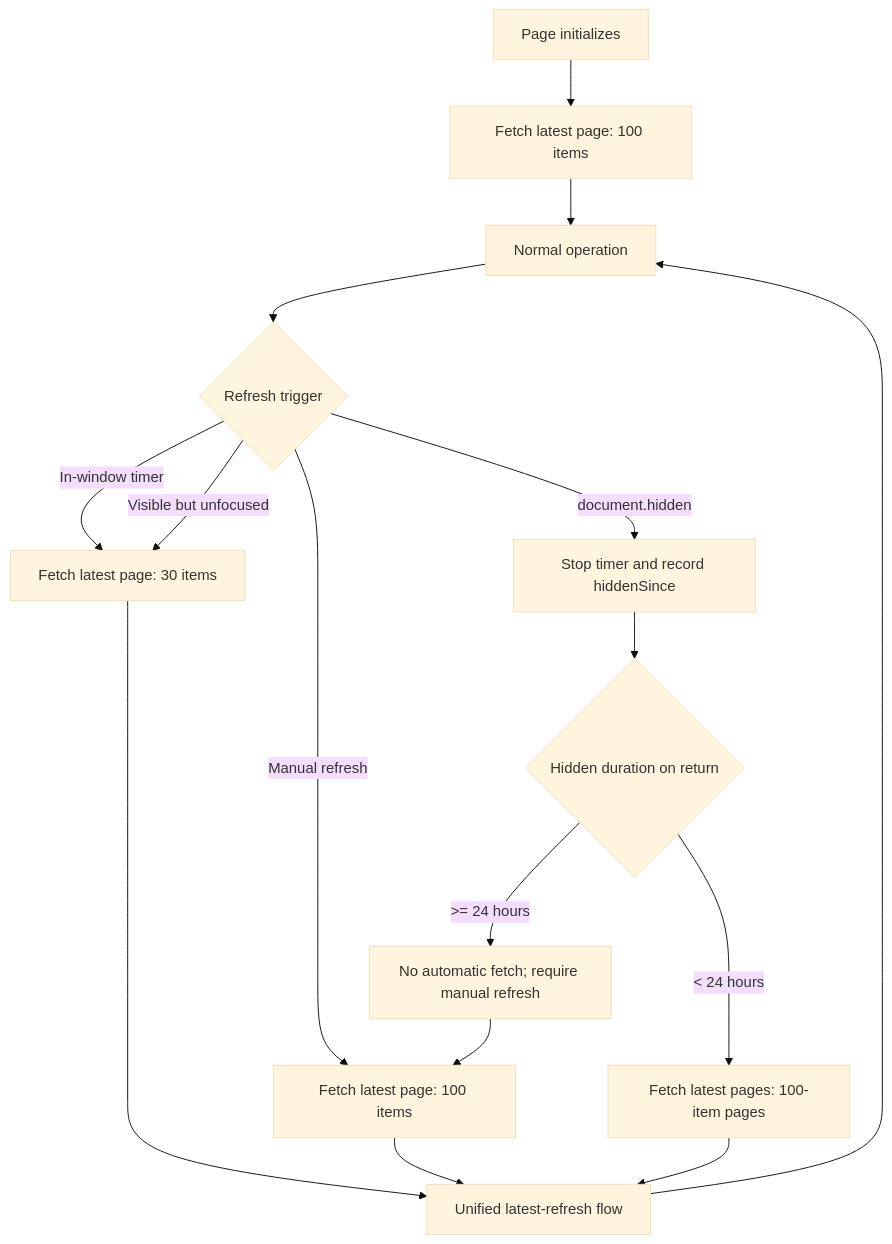
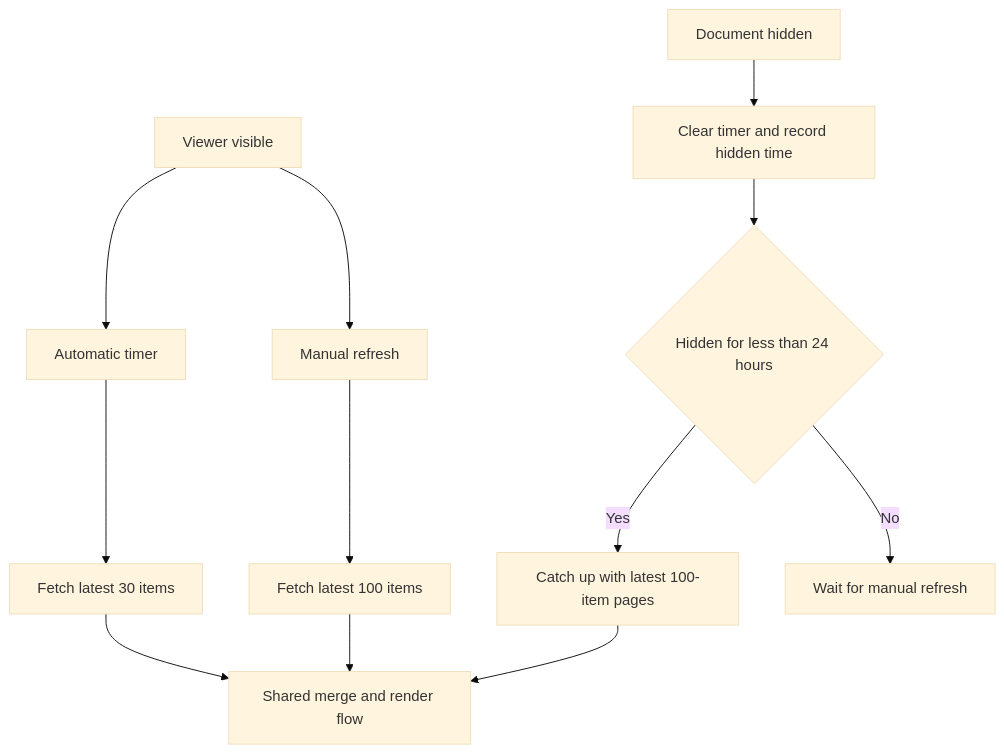
The fifth of 6 diagrams in ARCHITECTURE.md (virtuecho/sina7x24), drawn with Mermaid (base theme) before and after one commit. The commit also changed other lines of this file and 2 other files, not shown here.

````diff
--- a/ARCHITECTURE.md
+++ b/ARCHITECTURE.md
@@ -195,18 +185,14 @@
 ```mermaid
 flowchart TD
-  A["Page initializes"] --> B["Fetch latest page: 100 items"]
-  B --> C["Normal operation"]
-  C --> D{"Refresh trigger"}
-  D -->|"In-window timer"| E["Fetch latest page: 30 items"]
-  D -->|"Manual refresh"| F["Fetch latest page: 100 items"]
-  D -->|"Visible but unfocused"| E
-  D -->|"document.hidden"| G["Stop timer and record hiddenSince"]
-  G --> H{"Hidden duration on return"}
-  H -->|"< 24 hours"| I["Fetch latest pages: 100-item pages"]
-  H -->|">= 24 hours"| J["No automatic fetch; require manual refresh"]
-  J --> F
-  E --> K["Unified latest-refresh flow"]
-  F --> K
+  A["Viewer visible"] --> B["Automatic timer"]
+  B --> C["Fetch latest 30 items"]
+  A --> D["Manual refresh"]
+  D --> E["Fetch latest 100 items"]
+  F["Document hidden"] --> G["Clear timer and record hidden time"]
+  G --> H{"Hidden for less than 24 hours"}
+  H -->|Yes| I["Catch up with latest 100-item pages"]
+  H -->|No| J["Wait for manual refresh"]
+  C --> K["Shared merge and render flow"]
+  E --> K
   I --> K
-  K --> C
 ```
````
